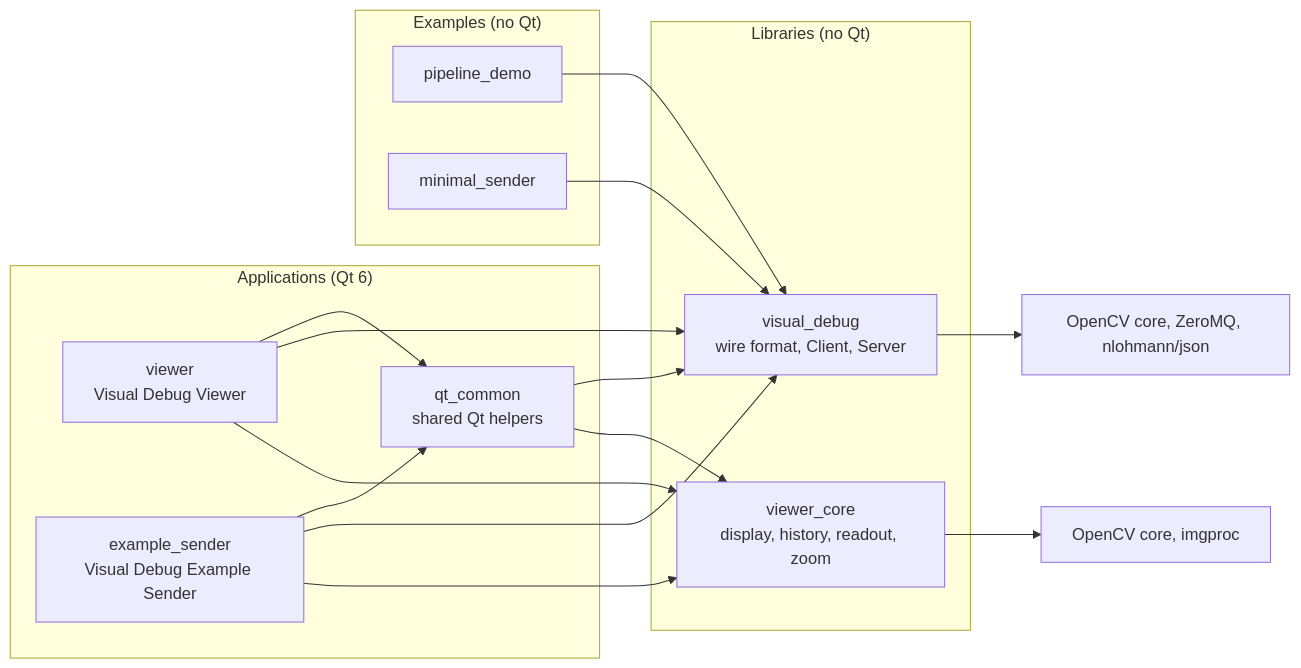
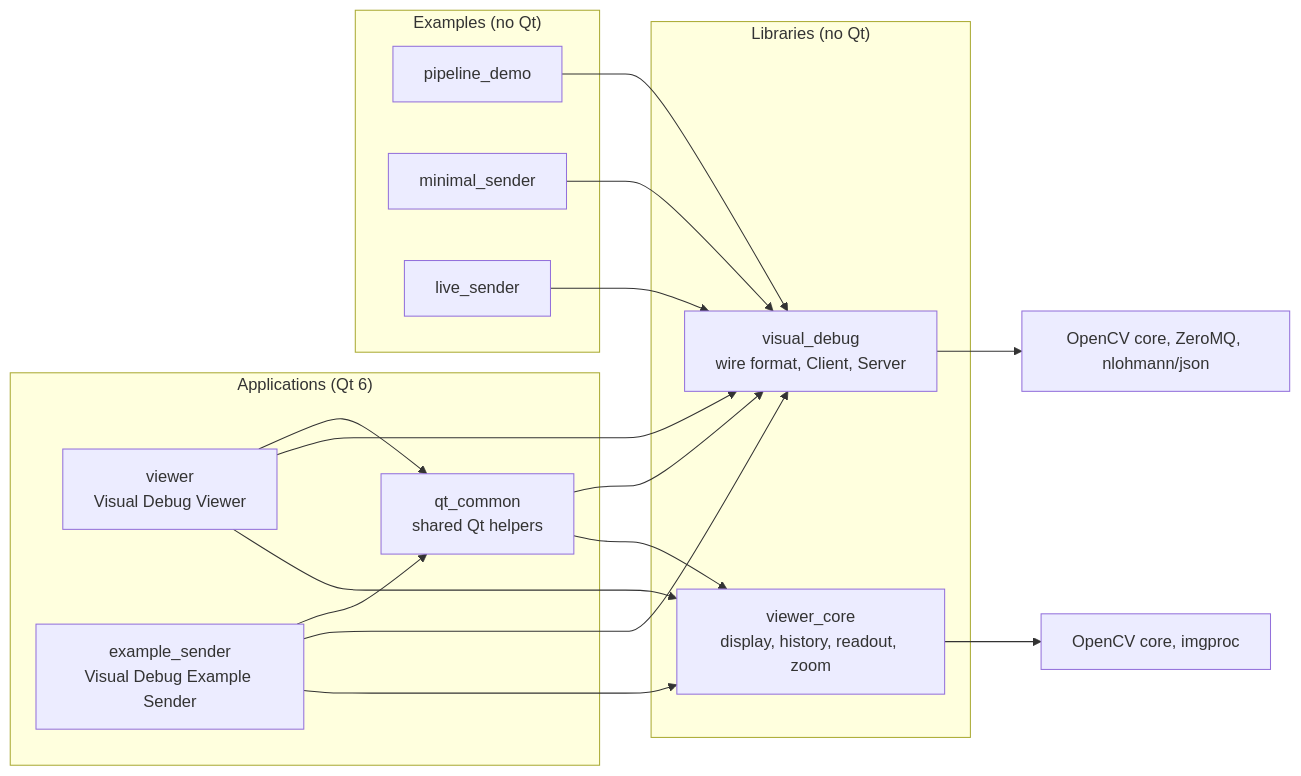
One commit to mbuster8/Image_processing changed the first of 3 diagrams in docs/architecture.md. Above: the diagram before and after it, drawn with Mermaid. The commit also changed other lines of this file and 4 other files, not shown here.

First line of the commit message:
docs: live channels, display range and live_sender

````diff
--- a/docs/architecture.md
+++ b/docs/architecture.md
@@ -15,28 +15,30 @@
 ```mermaid
 flowchart LR
     subgraph apps["Applications (Qt 6)"]
         viewer["viewer<br/>Visual Debug Viewer"]
         sender["example_sender<br/>Visual Debug Example Sender"]
         qtcommon["qt_common<br/>shared Qt helpers"]
     end
     subgraph examples["Examples (no Qt)"]
         pipeline["pipeline_demo"]
         minimal["minimal_sender"]
+        live["live_sender"]
     end
     subgraph libs["Libraries (no Qt)"]
         vd["visual_debug<br/>wire format, Client, Server"]
         vc["viewer_core<br/>display, history, readout, zoom"]
     end
     viewer --> qtcommon
     sender --> qtcommon
     viewer --> vd
     viewer --> vc
     sender --> vd
     sender --> vc
     qtcommon --> vd
     qtcommon --> vc
     pipeline --> vd
     minimal --> vd
+    live --> vd
     vd --> deps1["OpenCV core, ZeroMQ, nlohmann/json"]
     vc --> deps2["OpenCV core, imgproc"]
 ```
````
